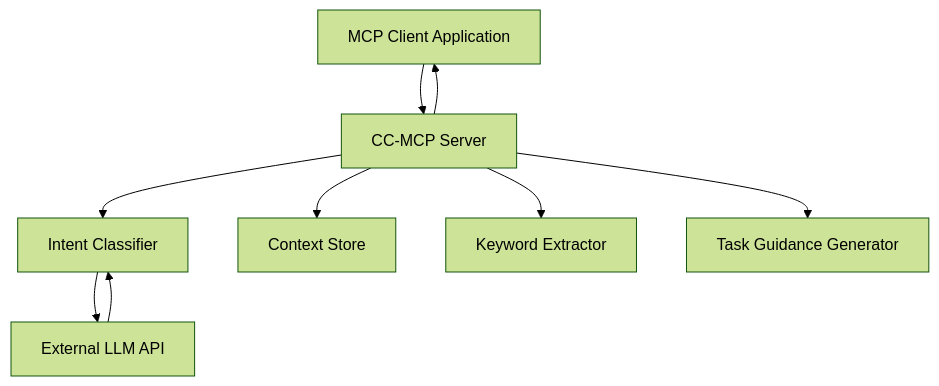
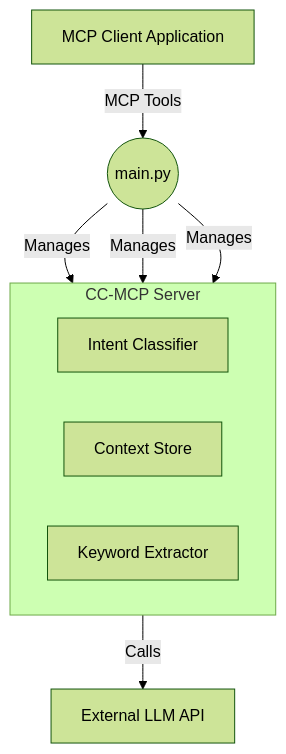
Before and after one commit to Beginnersguide138/cc-mcp: the diagram in README.md, drawn with Mermaid (forest theme). The commit also changed other lines of this file and 5 other files, not shown here.

````diff
--- a/README.md
+++ b/README.md
@@ -156,11 +156,15 @@
 ```mermaid
 graph TD
-    A[MCP Client Application] --> B[CC-MCP Server]
-    B --> C[Intent Classifier]
-    B --> D[Context Store] 
-    B --> E[Keyword Extractor]
-    B --> F[Task Guidance Generator]
-    B --> A
-    C --> G[External LLM API]
-    G --> C
+    subgraph CC-MCP Server
+        direction LR
+        C[Intent Classifier]
+        D[Context Store]
+        E[Keyword Extractor]
+    end
+
+    A[MCP Client Application] -- MCP Tools --> B((main.py))
+    B -- Manages --> C
+    B -- Manages --> D
+    B -- Manages --> E
+    C -- Calls --> G[External LLM API]
 ```
````
